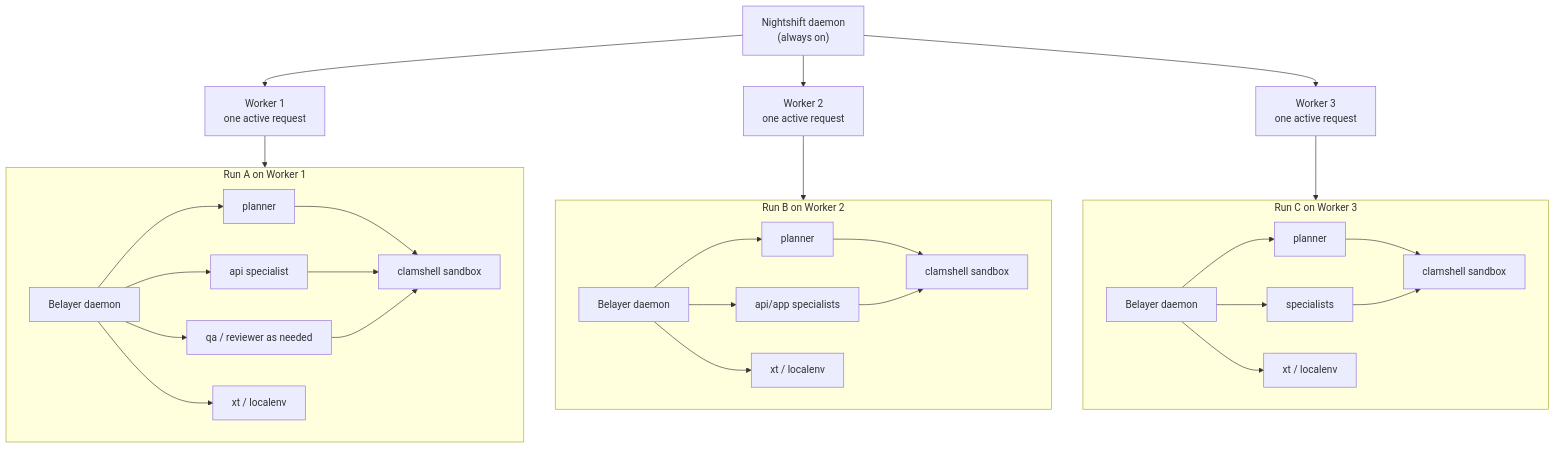
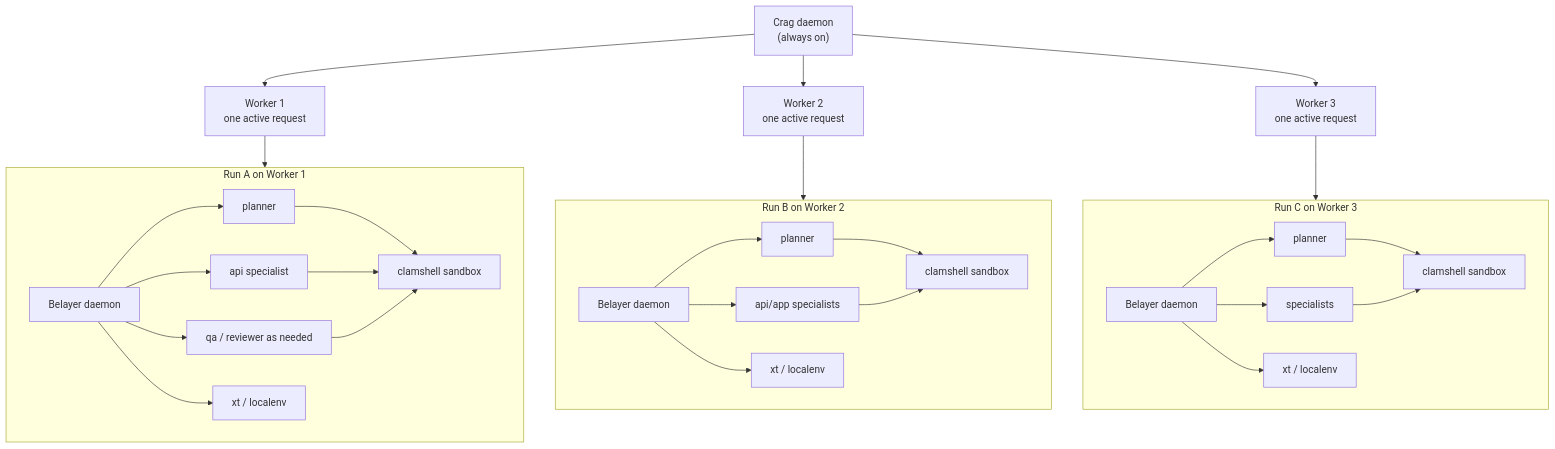
Before and after one commit to donovan-yohan/belayer: the second of 2 diagrams in docs/ARCHITECTURE.md, drawn with Mermaid. The commit also changed other lines of this file and 11 other files, not shown here.

First line of the commit message:
docs: add agent architecture, design docs, and PM completion gate spec

````diff
--- a/docs/ARCHITECTURE.md
+++ b/docs/ARCHITECTURE.md
@@ -69,52 +69,52 @@
 ```mermaid
 flowchart TB
-    NCP["Nightshift daemon\n(always on)"] --> W1["Worker 1\none active request"]
+    NCP["Crag daemon\n(always on)"] --> W1["Worker 1\none active request"]
     NCP --> W2["Worker 2\none active request"]
     NCP --> W3["Worker 3\none active request"]
 
     subgraph R1["Run A on Worker 1"]
         B1["Belayer daemon"]
         P1["planner"]
         A1["api specialist"]
         Q1["qa / reviewer as needed"]
         X1["xt / localenv"]
         S1["clamshell sandbox"]
         B1 --> P1
         B1 --> A1
         B1 --> Q1
         B1 --> X1
         P1 --> S1
         A1 --> S1
         Q1 --> S1
     end
 
     subgraph R2["Run B on Worker 2"]
         B2["Belayer daemon"]
         P2["planner"]
         A2["api/app specialists"]
         X2["xt / localenv"]
         S2["clamshell sandbox"]
         B2 --> P2
         B2 --> A2
         B2 --> X2
         P2 --> S2
         A2 --> S2
     end
 
     subgraph R3["Run C on Worker 3"]
         B3["Belayer daemon"]
         P3["planner"]
         A3["specialists"]
         X3["xt / localenv"]
         S3["clamshell sandbox"]
         B3 --> P3
         B3 --> A3
         B3 --> X3
         P3 --> S3
         A3 --> S3
     end
 
     W1 --> R1
     W2 --> R2
     W3 --> R3
 ```
````
